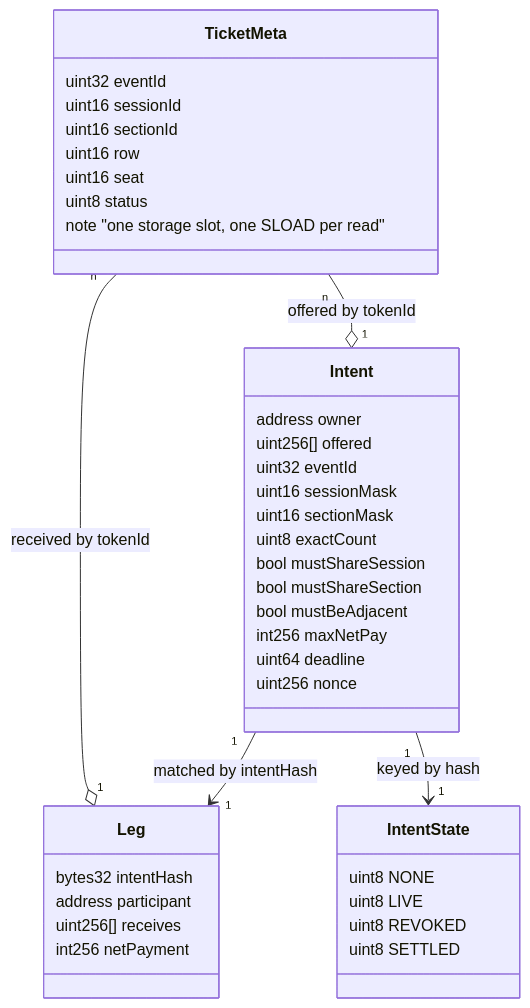
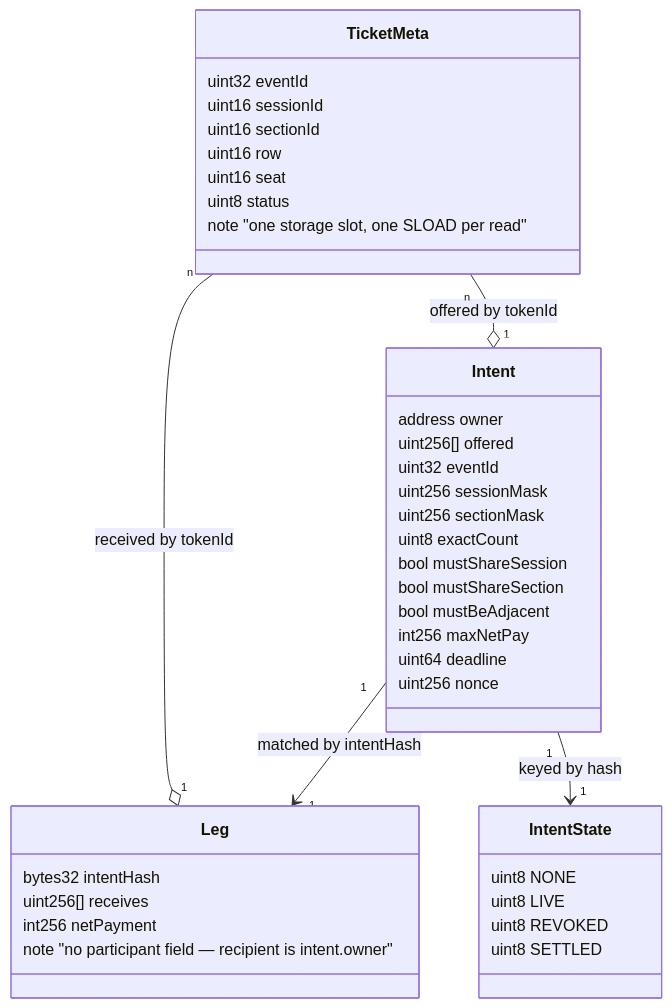
Diagram 12 of 26 in README.md (angelphoon7/online2026), drawn with Mermaid before and after one commit. The commit also changed other lines of this file and 6 other files, not shown here.

````diff
--- a/README.md
+++ b/README.md
@@ -296,46 +317,46 @@
 ```mermaid
 classDiagram
     class TicketMeta {
         uint32 eventId
         uint16 sessionId
         uint16 sectionId
         uint16 row
         uint16 seat
         uint8 status
         note "one storage slot, one SLOAD per read"
     }
 
     class Intent {
         address owner
         uint256[] offered
         uint32 eventId
-        uint16 sessionMask
-        uint16 sectionMask
+        uint256 sessionMask
+        uint256 sectionMask
         uint8 exactCount
         bool mustShareSession
         bool mustShareSection
         bool mustBeAdjacent
         int256 maxNetPay
         uint64 deadline
         uint256 nonce
     }
 
     class Leg {
         bytes32 intentHash
-        address participant
         uint256[] receives
         int256 netPayment
+        note "no participant field — recipient is intent.owner"
     }
 
     class IntentState {
         uint8 NONE
         uint8 LIVE
         uint8 REVOKED
         uint8 SETTLED
     }
 
     TicketMeta "n" --o "1" Intent : offered by tokenId
     Intent "1" --> "1" Leg : matched by intentHash
     TicketMeta "n" --o "1" Leg : received by tokenId
     Intent "1" --> "1" IntentState : keyed by hash
 ```
````
